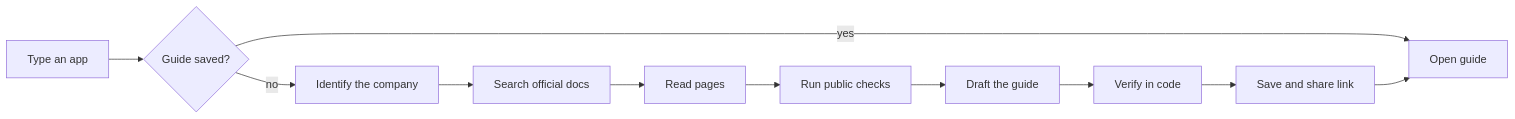
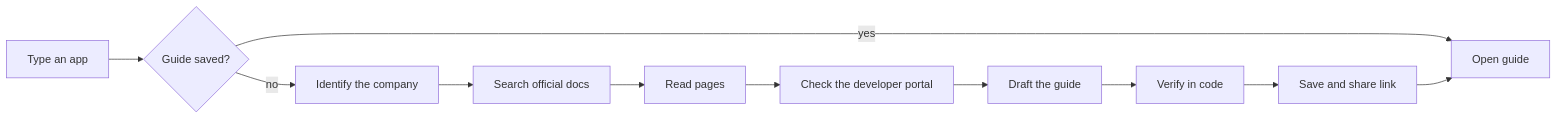
One commit to GaneshEiGo/waypoint changed the diagram in README.md. Above: the diagram before and after it, drawn with Mermaid. The commit also changed other lines of this file, not shown here.

````diff
--- a/README.md
+++ b/README.md
@@ -62,13 +64,13 @@
 ```mermaid
 flowchart LR
   A[Type an app] --> B{Guide saved?}
   B -- yes --> G[Open guide]
   B -- no --> C[Identify the company]
   C --> D[Search official docs]
   D --> E[Read pages]
-  E --> F[Run public checks]
+  E --> F[Check the developer portal]
   F --> H[Draft the guide]
   H --> I[Verify in code]
   I --> J[Save and share link]
   J --> G
 ```
````
